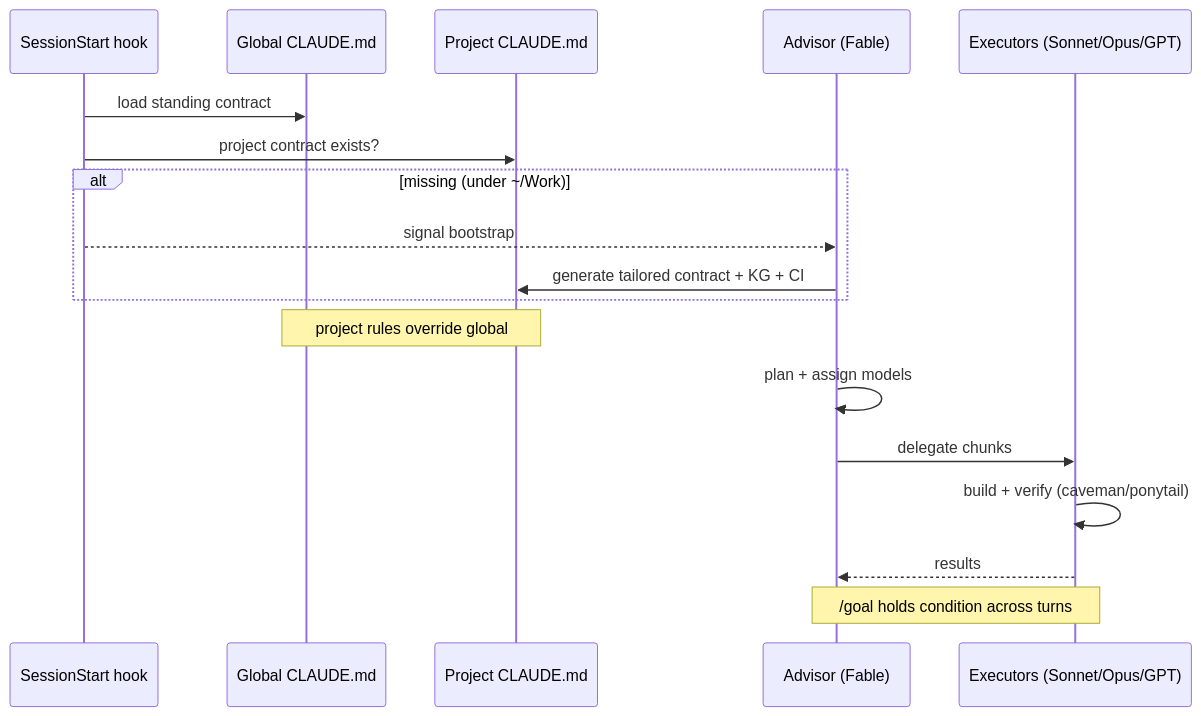
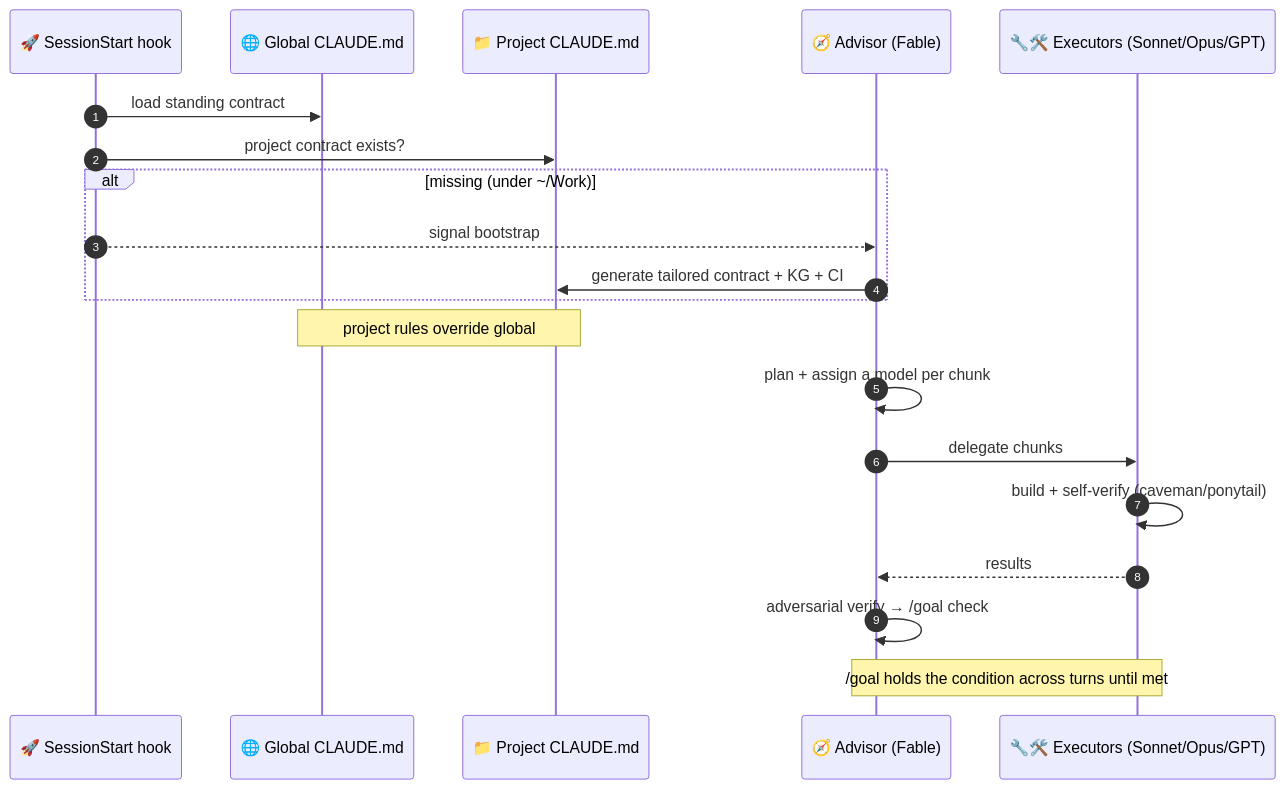
The second of 4 diagrams in docs/architecture.md (Archit3115/seahorse), drawn with Mermaid before and after one commit. The commit also changed other lines of this file and 19 other files, not shown here.

````diff
--- a/docs/architecture.md
+++ b/docs/architecture.md
@@ -32,20 +79,22 @@
 ```mermaid
 sequenceDiagram
-    participant S as SessionStart hook
-    participant G as Global CLAUDE.md
-    participant P as Project CLAUDE.md
-    participant A as Advisor (Fable)
-    participant X as Executors (Sonnet/Opus/GPT)
+    autonumber
+    participant S as 🚀 SessionStart hook
+    participant G as 🌐 Global CLAUDE.md
+    participant P as 📁 Project CLAUDE.md
+    participant A as 🧭 Advisor (Fable)
+    participant X as 🔧🛠️ Executors (Sonnet/Opus/GPT)
     S->>G: load standing contract
     S->>P: project contract exists?
     alt missing (under ~/Work)
         S-->>A: signal bootstrap
         A->>P: generate tailored contract + KG + CI
     end
     Note over P,G: project rules override global
-    A->>A: plan + assign models
+    A->>A: plan + assign a model per chunk
     A->>X: delegate chunks
-    X->>X: build + verify (caveman/ponytail)
+    X->>X: build + self-verify (caveman/ponytail)
     X-->>A: results
-    Note over A,X: /goal holds condition across turns
+    A->>A: adversarial verify → /goal check
+    Note over A,X: /goal holds the condition across turns until met
 ```
````
